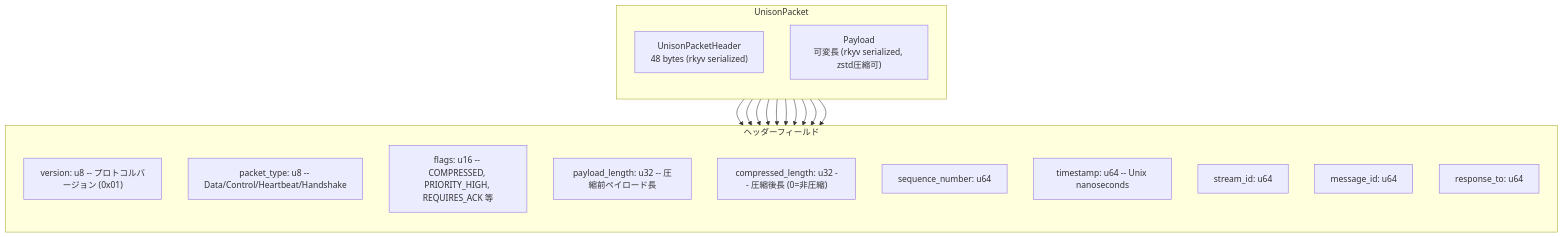
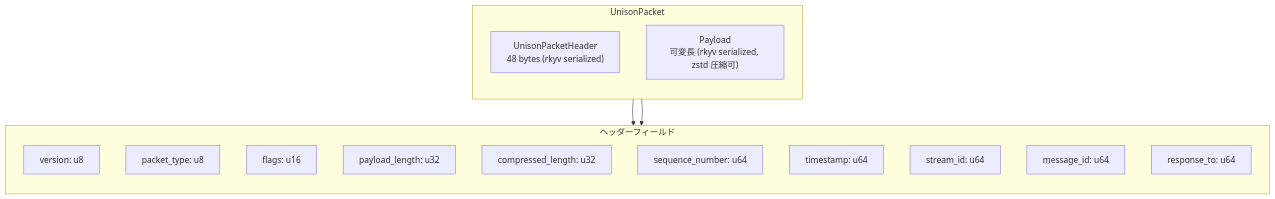
The ninth of 9 diagrams in spec/01-core-concept/SPEC.md (chronista-club/unison), drawn with Mermaid before and after one commit. The commit also changed other lines of this file and 33 other files, not shown here.

````diff
--- a/spec/01-core-concept/SPEC.md
+++ b/spec/01-core-concept/SPEC.md
@@ -427,34 +357,26 @@
 ```mermaid
 graph TB
     subgraph "UnisonPacket"
         direction TB
 
         HEADER["UnisonPacketHeader<br/>48 bytes (rkyv serialized)"]
-        PAYLOAD["Payload<br/>可変長 (rkyv serialized, zstd圧縮可)"]
+        PAYLOAD["Payload<br/>可変長 (rkyv serialized, zstd 圧縮可)"]
     end
 
     subgraph "ヘッダーフィールド"
         direction TB
-        V["version: u8 -- プロトコルバージョン (0x01)"]
-        PT["packet_type: u8 -- Data/Control/Heartbeat/Handshake"]
-        F["flags: u16 -- COMPRESSED, PRIORITY_HIGH, REQUIRES_ACK 等"]
-        PL["payload_length: u32 -- 圧縮前ペイロード長"]
-        CL["compressed_length: u32 -- 圧縮後長 (0=非圧縮)"]
+        V["version: u8"]
+        PT["packet_type: u8"]
+        F["flags: u16"]
+        PL["payload_length: u32"]
+        CL["compressed_length: u32"]
         SN["sequence_number: u64"]
-        TS["timestamp: u64 -- Unix nanoseconds"]
+        TS["timestamp: u64"]
         SID["stream_id: u64"]
         MID["message_id: u64"]
         RT["response_to: u64"]
     end
 
     HEADER --> V
     HEADER --> PT
-    HEADER --> F
-    HEADER --> PL
-    HEADER --> CL
-    HEADER --> SN
-    HEADER --> TS
-    HEADER --> SID
-    HEADER --> MID
-    HEADER --> RT
 ```
````
